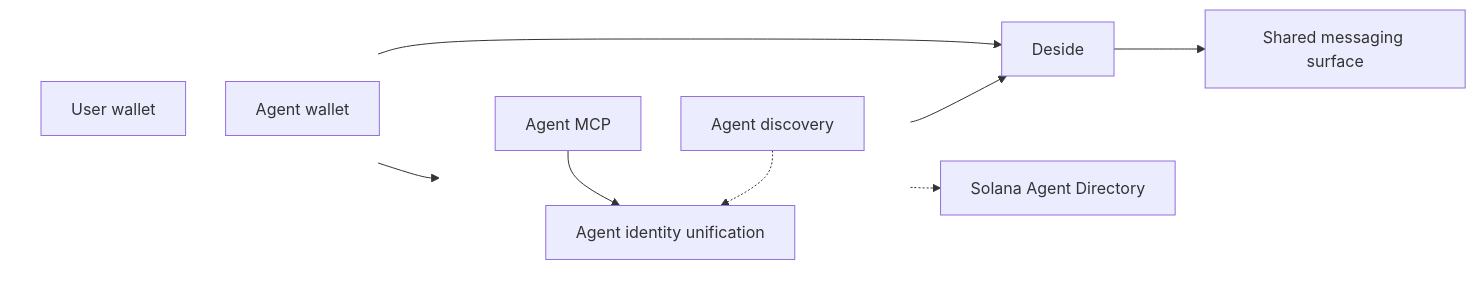
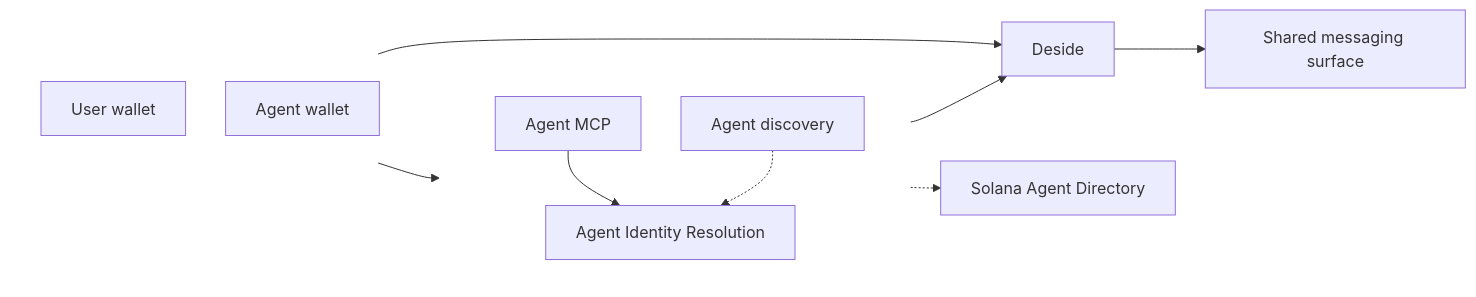
Before and after one commit to DesideApp/deside-app: the diagram in README.md, drawn with Mermaid.

Commit message:
docs: rename identity unification node

````diff
--- a/README.md
+++ b/README.md
@@ -61,28 +61,28 @@
 ```mermaid
 %%{init: {'flowchart': {'nodeSpacing': 40, 'rankSpacing': 30}} }%%
 flowchart LR
     subgraph L[ ]
         direction TB
         U[User wallet]
         A[Agent wallet]
     end
 
     subgraph M1[ ]
         direction TB
         M[Agent MCP]
-        I[Agent identity unification]
+        I[Agent Identity Resolution]
         D[Agent discovery]
     end
 
     A --> M
 
     U --> X[Deside]
     M --> I
     I --> X
     I -.-> S[Solana Agent Directory]
     X --> C[Shared messaging surface]
     D -.-> I
 
     style L fill:none,stroke:none
     style M1 fill:none,stroke:none
 ```
````
